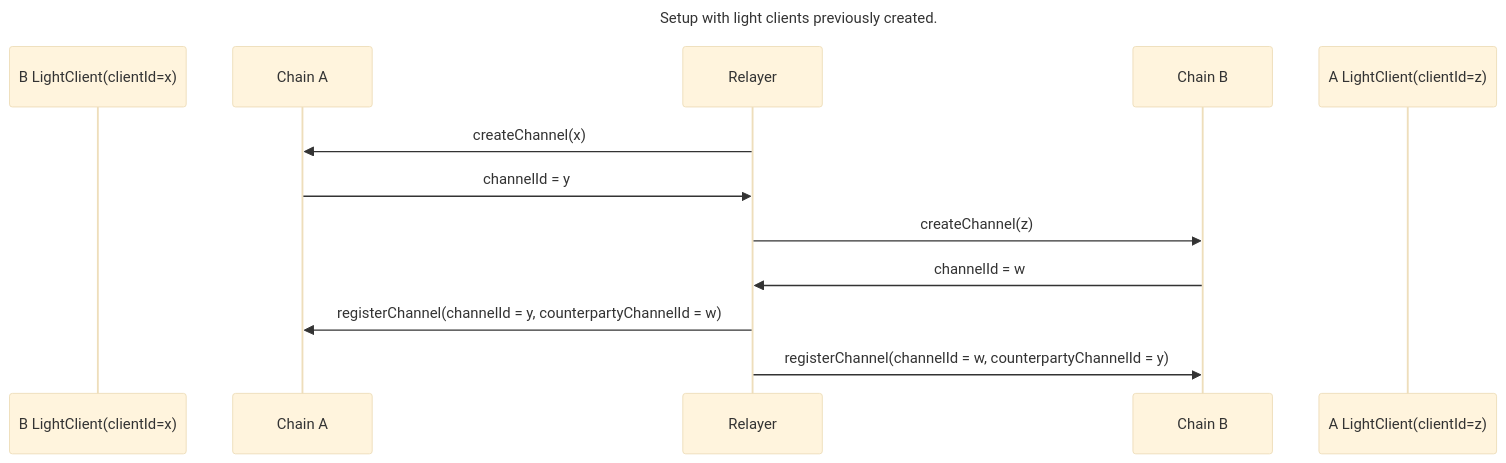
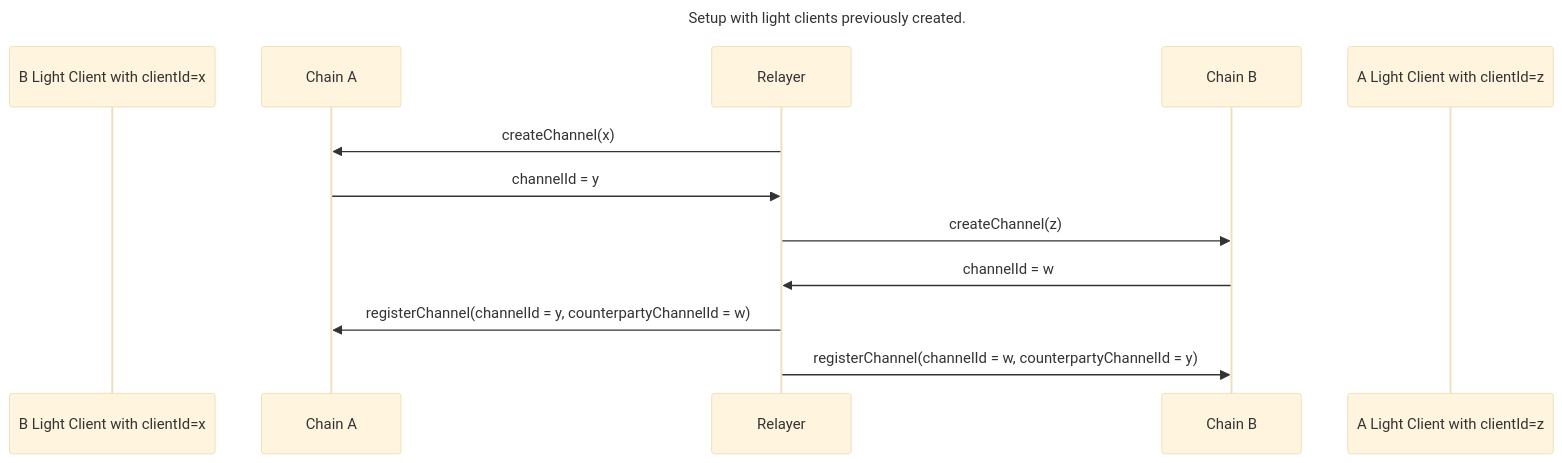
One commit to cosmos/ibc changed the second of 5 diagrams in spec/core/v2/ics-004-packet-semantics/README.md. Above: the diagram before and after it, drawn with Mermaid (base theme). The commit also changed other lines of this file, not shown here.

````diff
--- a/spec/core/v2/ics-004-packet-semantics/README.md
+++ b/spec/core/v2/ics-004-packet-semantics/README.md
@@ -253,17 +253,17 @@
 ```mermaid
 ---
 title: Setup with light clients previously created.  
 ---
 sequenceDiagram
-    Participant B LightClient(clientId=x)  
+    Participant B Light Client with clientId=x  
     Participant Chain A
     Participant Relayer 
     Participant Chain B
-    Participant A LightClient(clientId=z)   
+    Participant A Light Client with clientId=z   
     Relayer ->> Chain A : createChannel(x)
     Chain A ->> Relayer : channelId = y
     Relayer ->> Chain B : createChannel(z)
     Chain B ->> Relayer : channelId = w
     Relayer ->> Chain A : registerChannel(channelId = y, counterpartyChannelId = w)
     Relayer ->> Chain B : registerChannel(channelId = w, counterpartyChannelId = y) 
 ```
````
